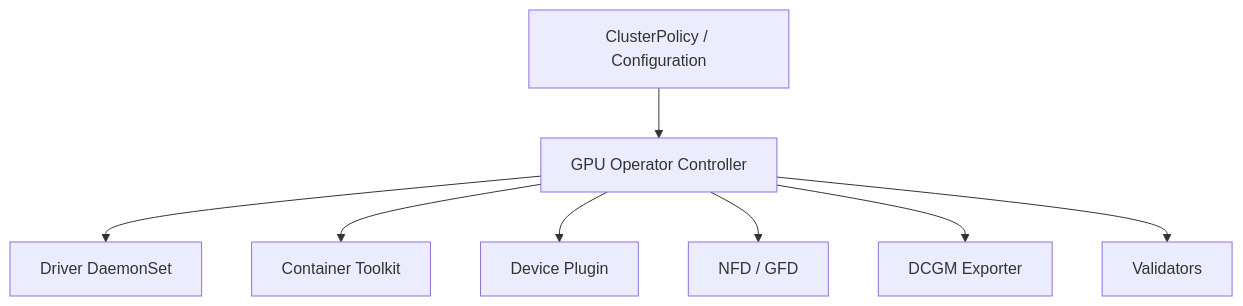
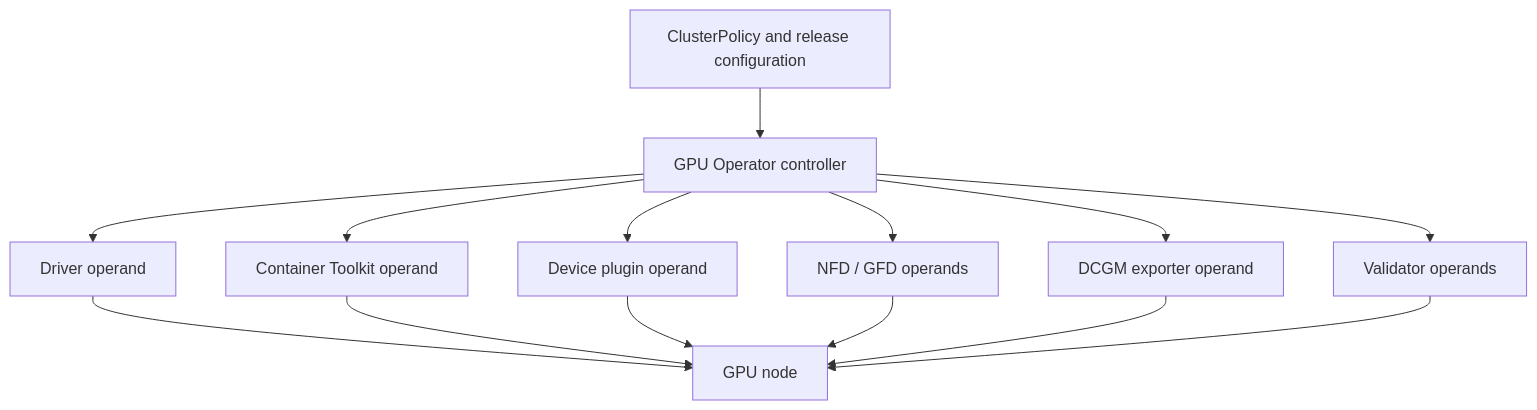
One commit to jithinpnjm/nvidia-devops changed the diagram in docs/nvidia-zero-to-hero/volume-10/chapter-06-gpu-operator-architecture.md. Above: the diagram before and after it, drawn with Mermaid. The commit also changed other lines of this file and 1 other file, not shown here.

Commit message:
docs(volume-10): deepen feature discovery and operator architecture

````diff
--- a/docs/nvidia-zero-to-hero/volume-10/chapter-06-gpu-operator-architecture.md
+++ b/docs/nvidia-zero-to-hero/volume-10/chapter-06-gpu-operator-architecture.md
@@ -18,18 +25,25 @@
 ```mermaid
 flowchart TD
-    CR[ClusterPolicy / Configuration]
-    Op[GPU Operator Controller]
-    Driver[Driver DaemonSet]
-    Toolkit[Container Toolkit]
-    Plugin[Device Plugin]
-    NFD[NFD / GFD]
-    DCGM[DCGM Exporter]
-    Validator[Validators]
-    CR --> Op
-    Op --> Driver
-    Op --> Toolkit
-    Op --> Plugin
-    Op --> NFD
-    Op --> DCGM
-    Op --> Validator
+    Policy[ClusterPolicy and release configuration]
+    Controller[GPU Operator controller]
+    Driver[Driver operand]
+    Toolkit[Container Toolkit operand]
+    Plugin[Device plugin operand]
+    Discovery[NFD / GFD operands]
+    Metrics[DCGM exporter operand]
+    Validation[Validator operands]
+    Node[GPU node]
+    Policy --> Controller
+    Controller --> Driver
+    Controller --> Toolkit
+    Controller --> Plugin
+    Controller --> Discovery
+    Controller --> Metrics
+    Controller --> Validation
+    Driver --> Node
+    Toolkit --> Node
+    Plugin --> Node
+    Discovery --> Node
+    Metrics --> Node
+    Validation --> Node
 ```
````
